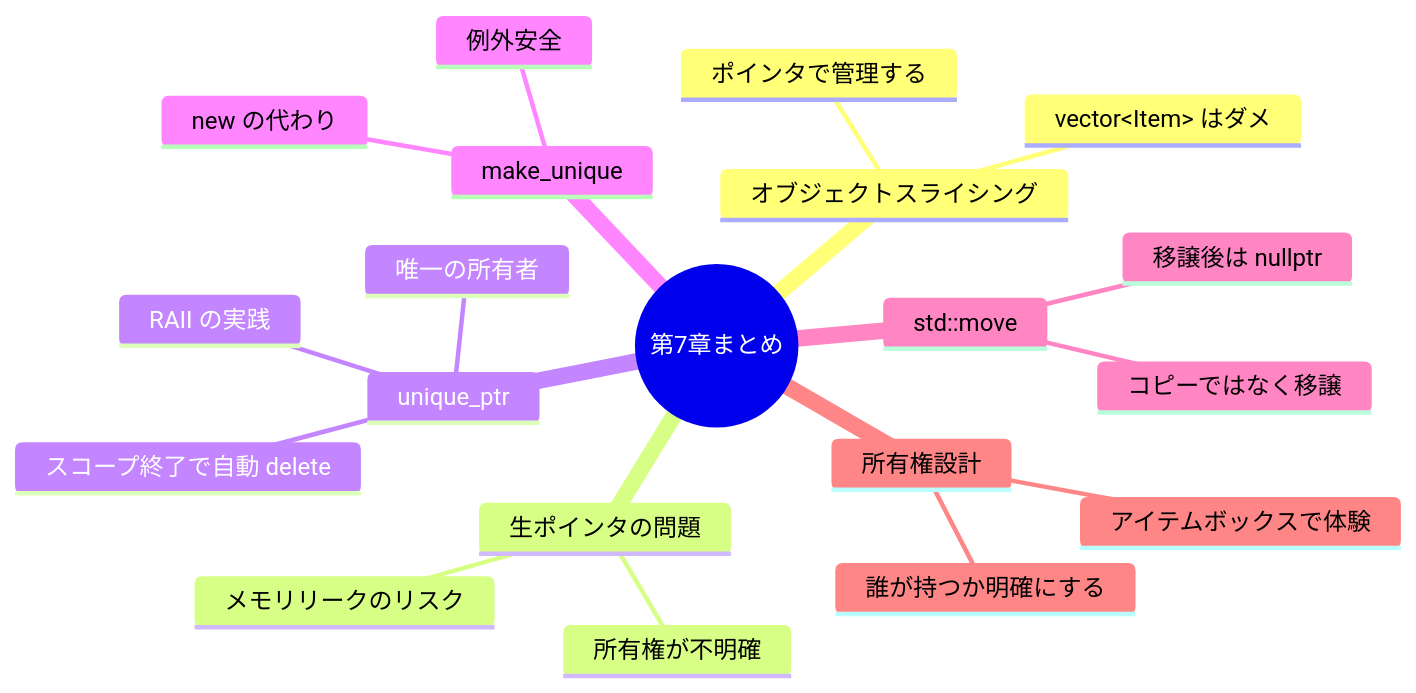
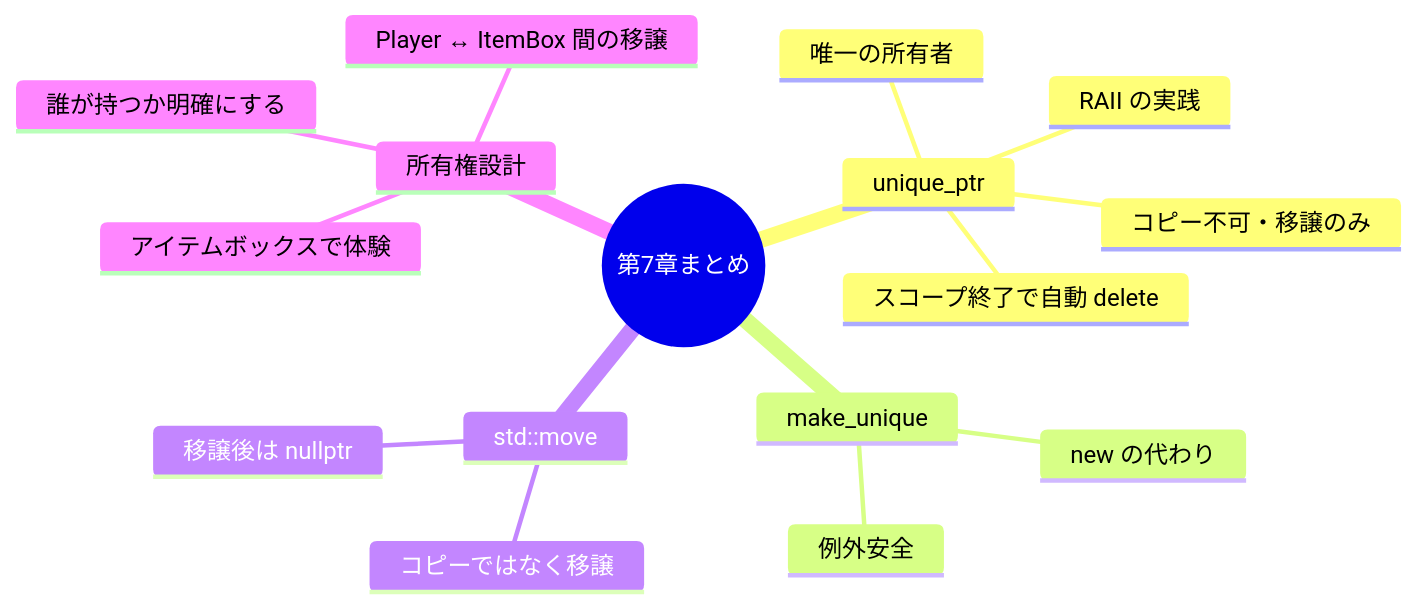
One commit to fuddt/Cplus changed the tenth of 11 diagrams in Cplus/chapter-07-smartptr.md. Above: the diagram before and after it, drawn with Mermaid. The commit also changed other lines of this file and 2 other files, not shown here.

````diff
--- a/Cplus/chapter-07-smartptr.md
+++ b/Cplus/chapter-07-smartptr.md
@@ -588,23 +501,19 @@
 ```mermaid
 mindmap
     root((第7章まとめ))
-        オブジェクトスライシング
-            vector&lt;Item&gt; はダメ
-            ポインタで管理する
-        生ポインタの問題
-            所有権が不明確
-            メモリリークのリスク
         unique_ptr
             唯一の所有者
             スコープ終了で自動 delete
             RAII の実践
+            コピー不可・移譲のみ
         make_unique
             new の代わり
             例外安全
         std::move
             コピーではなく移譲
             移譲後は nullptr
         所有権設計
             誰が持つか明確にする
             アイテムボックスで体験
+            Player ↔ ItemBox 間の移譲
 ```
````
